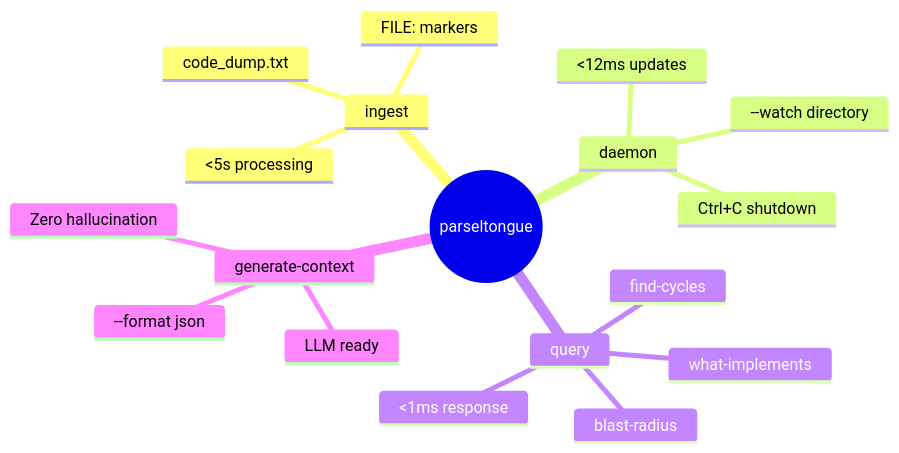
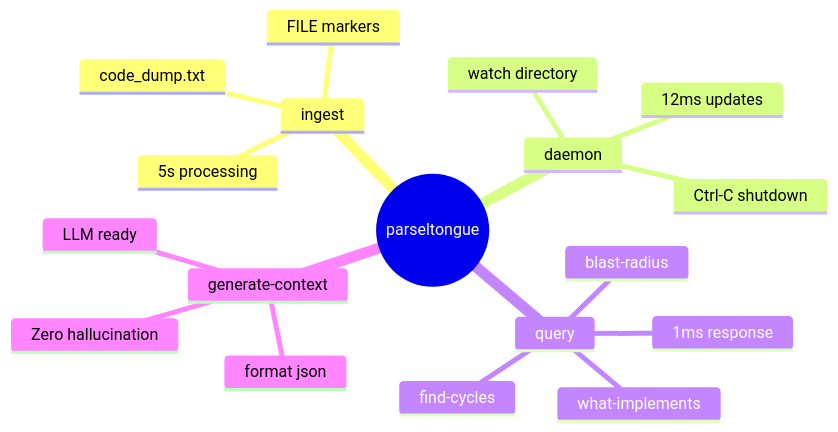
The fifth of 10 diagrams in README.md (that-in-rust/parseltongue), drawn with Mermaid before and after one commit. The commit also changed other lines of this file and 32 other files, not shown here.

````diff
--- a/README.md
+++ b/README.md
@@ -182,21 +183,21 @@
 ```mermaid
 mindmap
   root((parseltongue))
     ingest
       code_dump.txt
-      FILE: markers
-      <5s processing
+      FILE markers
+      5s processing
     daemon
-      --watch directory
-      <12ms updates
-      Ctrl+C shutdown
+      watch directory
+      12ms updates
+      Ctrl-C shutdown
     query
       what-implements
       blast-radius  
       find-cycles
-      <1ms response
+      1ms response
     generate-context
-      --format json
+      format json
       LLM ready
       Zero hallucination
 ```
````
